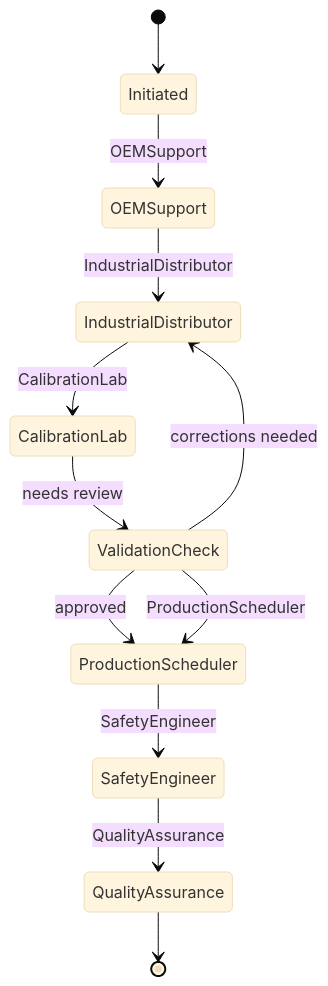
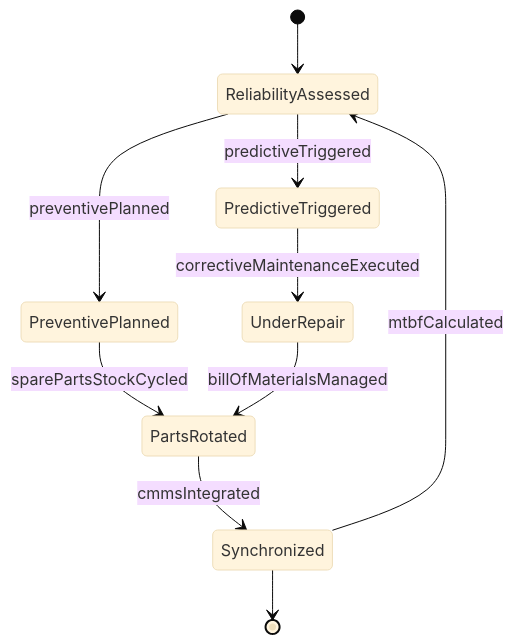
One commit to dot-org-ai/tasks.org.ai changed the second of 4 diagrams in GuidingDirectingAndMotivatingSubordinates/DirectOrganizationalOperationsActivitiesOrProcedures/DirectEquipmentMaintenanceRepairActivities.mdx. Above: the diagram before and after it, drawn with Mermaid (base theme). The commit also changed other lines of this file and 515 other files, not shown here.

````diff
--- a/GuidingDirectingAndMotivatingSubordinates/DirectOrganizationalOperationsActivitiesOrProcedures/DirectEquipmentMaintenanceRepairActivities.mdx
+++ b/GuidingDirectingAndMotivatingSubordinates/DirectOrganizationalOperationsActivitiesOrProcedures/DirectEquipmentMaintenanceRepairActivities.mdx
@@ -104,14 +106,12 @@
 ```mermaid
 stateDiagram-v2
-    [*] --> Initiated
-    Initiated --> OEMSupport: OEMSupport
-    OEMSupport --> IndustrialDistributor: IndustrialDistributor
-    IndustrialDistributor --> CalibrationLab: CalibrationLab
-    CalibrationLab --> ValidationCheck: needs review
-    ValidationCheck --> IndustrialDistributor: corrections needed
-    ValidationCheck --> ProductionScheduler: approved
-    ValidationCheck --> ProductionScheduler: ProductionScheduler
-    ProductionScheduler --> SafetyEngineer: SafetyEngineer
-    SafetyEngineer --> QualityAssurance: QualityAssurance
-    QualityAssurance --> [*]
+    [*] --> ReliabilityAssessed
+    ReliabilityAssessed --> PreventivePlanned : preventivePlanned
+    ReliabilityAssessed --> PredictiveTriggered : predictiveTriggered
+    PredictiveTriggered --> UnderRepair : correctiveMaintenanceExecuted
+    PreventivePlanned --> PartsRotated : sparePartsStockCycled
+    UnderRepair --> PartsRotated : billOfMaterialsManaged
+    PartsRotated --> Synchronized : cmmsIntegrated
+    Synchronized --> ReliabilityAssessed : mtbfCalculated
+    Synchronized --> [*]
 ```
````
